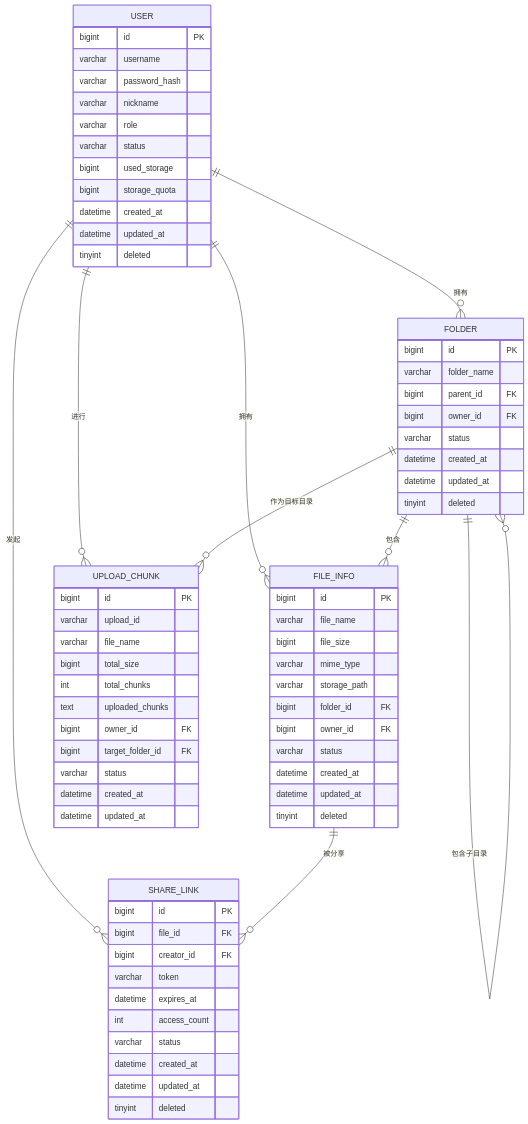
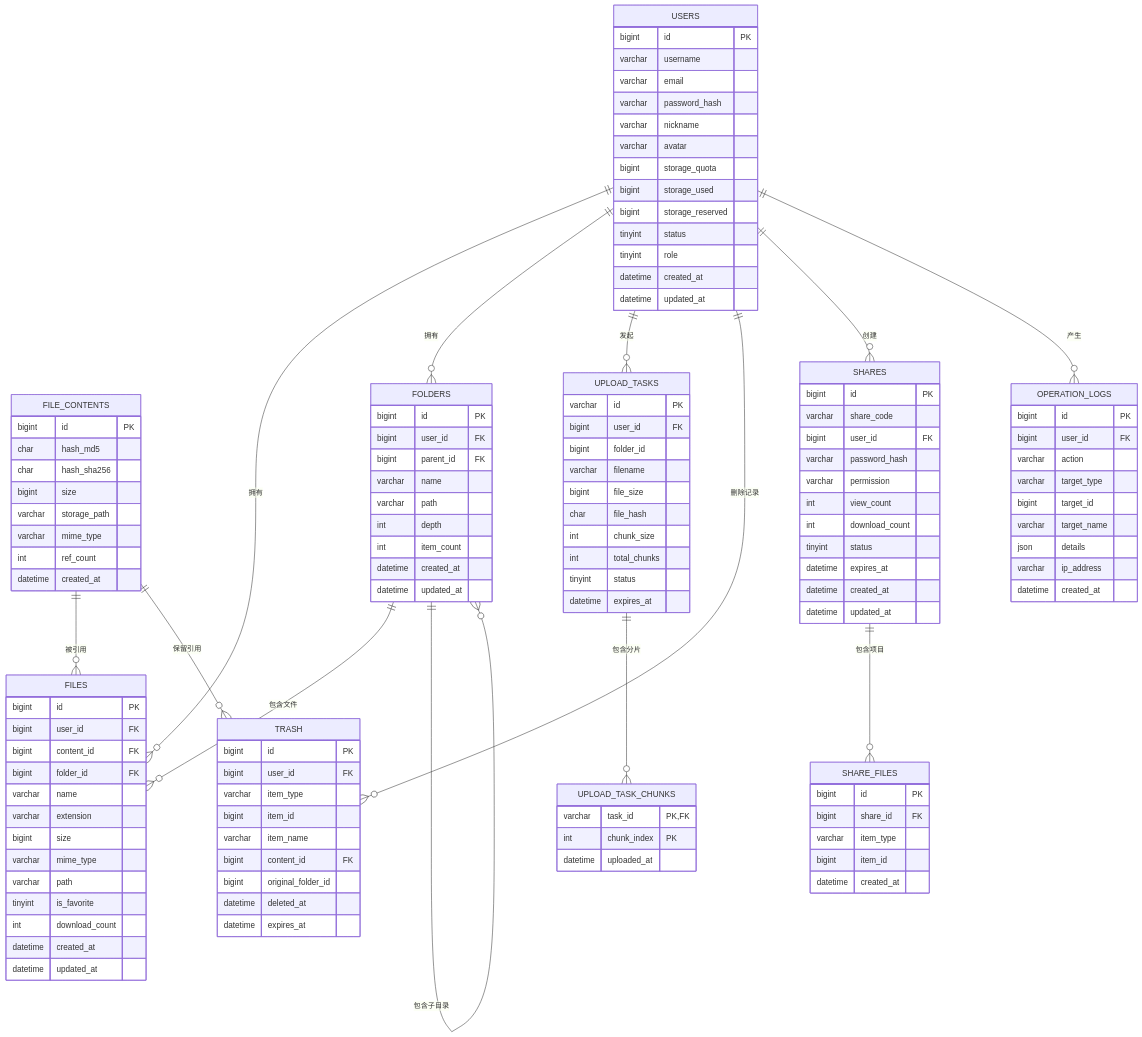
The seventh of 11 diagrams in docs/lunwen/基于Drogon的网络磁盘系统的设计与实现_毕业论文.md (yizhinailong/disk), drawn with Mermaid before and after one commit. The commit also changed other lines of this file, not shown here.

````diff
--- a/docs/lunwen/基于Drogon的网络磁盘系统的设计与实现_毕业论文.md
+++ b/docs/lunwen/基于Drogon的网络磁盘系统的设计与实现_毕业论文.md
@@ -393,73 +475,126 @@
 ```mermaid
 erDiagram
-    USER {
+    USERS {
         bigint id PK
         varchar username
+        varchar email
         varchar password_hash
         varchar nickname
-        varchar role
-        varchar status
-        bigint used_storage
+        varchar avatar
         bigint storage_quota
-        datetime created_at
-        datetime updated_at
-        tinyint deleted
-    }
-    FILE_INFO {
-        bigint id PK
-        varchar file_name
-        bigint file_size
-        varchar mime_type
-        varchar storage_path
-        bigint folder_id FK
-        bigint owner_id FK
-        varchar status
-        datetime created_at
-        datetime updated_at
-        tinyint deleted
-    }
-    FOLDER {
-        bigint id PK
-        varchar folder_name
-        bigint parent_id FK
-        bigint owner_id FK
-        varchar status
-        datetime created_at
-        datetime updated_at
-        tinyint deleted
-    }
-    SHARE_LINK {
-        bigint id PK
-        bigint file_id FK
-        bigint creator_id FK
-        varchar token
-        datetime expires_at
-        int access_count
-        varchar status
-        datetime created_at
-        datetime updated_at
-        tinyint deleted
-    }
-    UPLOAD_CHUNK {
-        bigint id PK
-        varchar upload_id
-        varchar file_name
-        bigint total_size
-        int total_chunks
-        text uploaded_chunks
-        bigint owner_id FK
-        bigint target_folder_id FK
-        varchar status
+        bigint storage_used
+        bigint storage_reserved
+        tinyint status
+        tinyint role
         datetime created_at
         datetime updated_at
     }
+    FILE_CONTENTS {
+        bigint id PK
+        char hash_md5
+        char hash_sha256
+        bigint size
+        varchar storage_path
+        varchar mime_type
+        int ref_count
+        datetime created_at
+    }
+    FILES {
+        bigint id PK
+        bigint user_id FK
+        bigint content_id FK
+        bigint folder_id FK
+        varchar name
+        varchar extension
+        bigint size
+        varchar mime_type
+        varchar path
+        tinyint is_favorite
+        int download_count
+        datetime created_at
+        datetime updated_at
+    }
+    FOLDERS {
+        bigint id PK
+        bigint user_id FK
+        bigint parent_id FK
+        varchar name
+        varchar path
+        int depth
+        int item_count
+        datetime created_at
+        datetime updated_at
+    }
+    UPLOAD_TASKS {
+        varchar id PK
+        bigint user_id FK
+        bigint folder_id
+        varchar filename
+        bigint file_size
+        char file_hash
+        int chunk_size
+        int total_chunks
+        tinyint status
+        datetime expires_at
+    }
+    UPLOAD_TASK_CHUNKS {
+        varchar task_id PK, FK
+        int chunk_index PK
+        datetime uploaded_at
+    }
+    TRASH {
+        bigint id PK
+        bigint user_id FK
+        varchar item_type
+        bigint item_id
+        varchar item_name
+        bigint content_id FK
+        bigint original_folder_id
+        datetime deleted_at
+        datetime expires_at
+    }
+    SHARES {
+        bigint id PK
+        varchar share_code
+        bigint user_id FK
+        varchar password_hash
+        varchar permission
+        int view_count
+        int download_count
+        tinyint status
+        datetime expires_at
+        datetime created_at
+        datetime updated_at
+    }
+    SHARE_FILES {
+        bigint id PK
+        bigint share_id FK
+        varchar item_type
+        bigint item_id
+        datetime created_at
+    }
+    OPERATION_LOGS {
+        bigint id PK
+        bigint user_id FK
+        varchar action
+        varchar target_type
+        bigint target_id
+        varchar target_name
+        json details
+        varchar ip_address
+        datetime created_at
+    }
 
-    USER ||--o{ FILE_INFO : "拥有"
-    USER ||--o{ FOLDER : "拥有"
-    USER ||--o{ SHARE_LINK : "发起"
-    USER ||--o{ UPLOAD_CHUNK : "进行"
-    FOLDER ||--o{ FILE_INFO : "包含"
-    FOLDER ||--o{ FOLDER : "包含子目录"
-    FILE_INFO ||--o{ SHARE_LINK : "被分享"
-    FOLDER ||--o{ UPLOAD_CHUNK : "作为目标目录"
+    USERS ||--o{ FILES : "拥有"
+    USERS ||--o{ FOLDERS : "拥有"
+    USERS ||--o{ UPLOAD_TASKS : "发起"
+    USERS ||--o{ TRASH : "删除记录"
+    USERS ||--o{ SHARES : "创建"
+    USERS ||--o{ OPERATION_LOGS : "产生"
+    FILE_CONTENTS ||--o{ FILES : "被引用"
+    FILE_CONTENTS ||--o{ TRASH : "保留引用"
+    FOLDERS ||--o{ FILES : "包含文件"
+    FOLDERS ||--o{ FOLDERS : "包含子目录"
+    UPLOAD_TASKS ||--o{ UPLOAD_TASK_CHUNKS : "包含分片"
+    SHARES ||--o{ SHARE_FILES : "包含项目"
 ```
````
